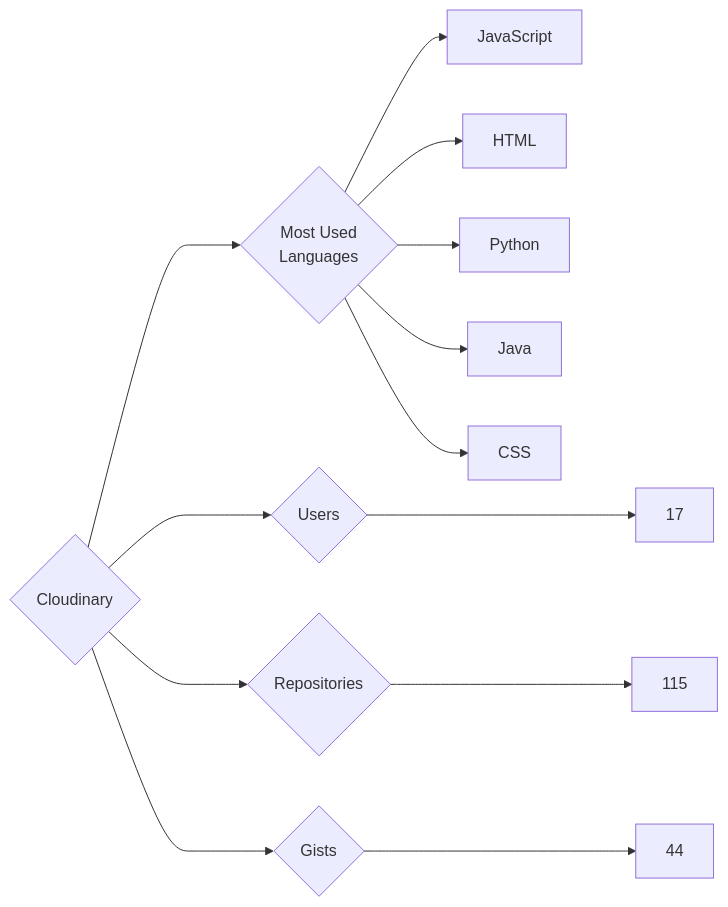
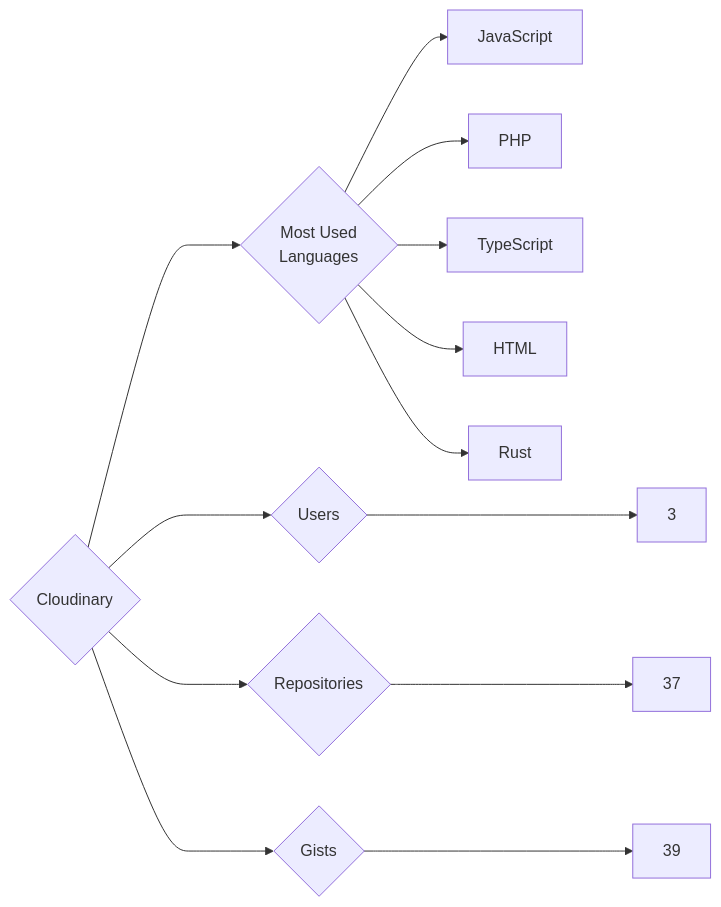
The diagram in targets/Cloudinary/README.md (trickest/insiders), drawn with Mermaid before and after one commit. The commit also changed 932 other files, not shown here.

````diff
--- a/targets/Cloudinary/README.md
+++ b/targets/Cloudinary/README.md
@@ -3,13 +3,13 @@
 ```mermaid
 graph LR
 COMPANY_NAME{Cloudinary}
-COMPANY_NAME ---> U{Users} ---> UN[17]
-COMPANY_NAME ---> R{Repositories} ---> RN[115]
-COMPANY_NAME ---> G{Gists} ---> GN[44]
+COMPANY_NAME ---> U{Users} ---> UN[3]
+COMPANY_NAME ---> R{Repositories} ---> RN[37]
+COMPANY_NAME ---> G{Gists} ---> GN[39]
 COMPANY_NAME ---> ML{Most Used<br>Languages}
 ML --> JavaScript[JavaScript]
+ML --> PHP[PHP]
+ML --> TypeScript[TypeScript]
 ML --> HTML[HTML]
-ML --> Python[Python]
-ML --> Java[Java]
-ML --> CSS[CSS]
+ML --> Rust[Rust]
 ```
````
